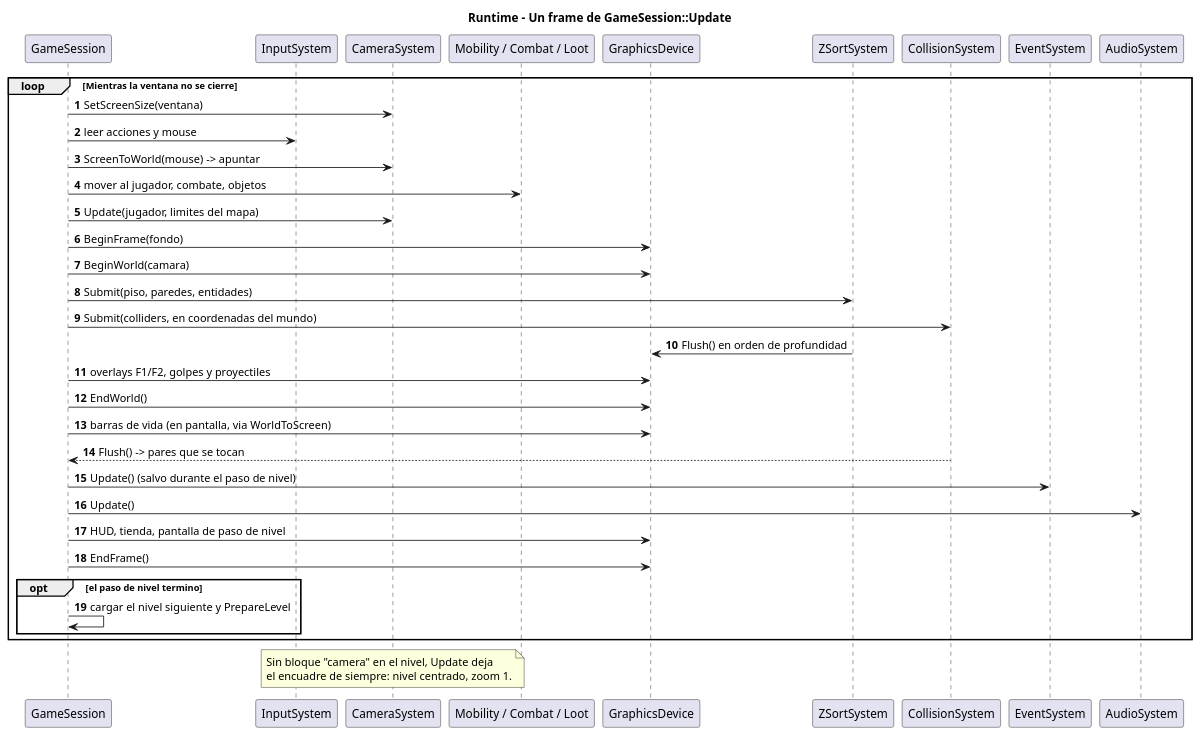
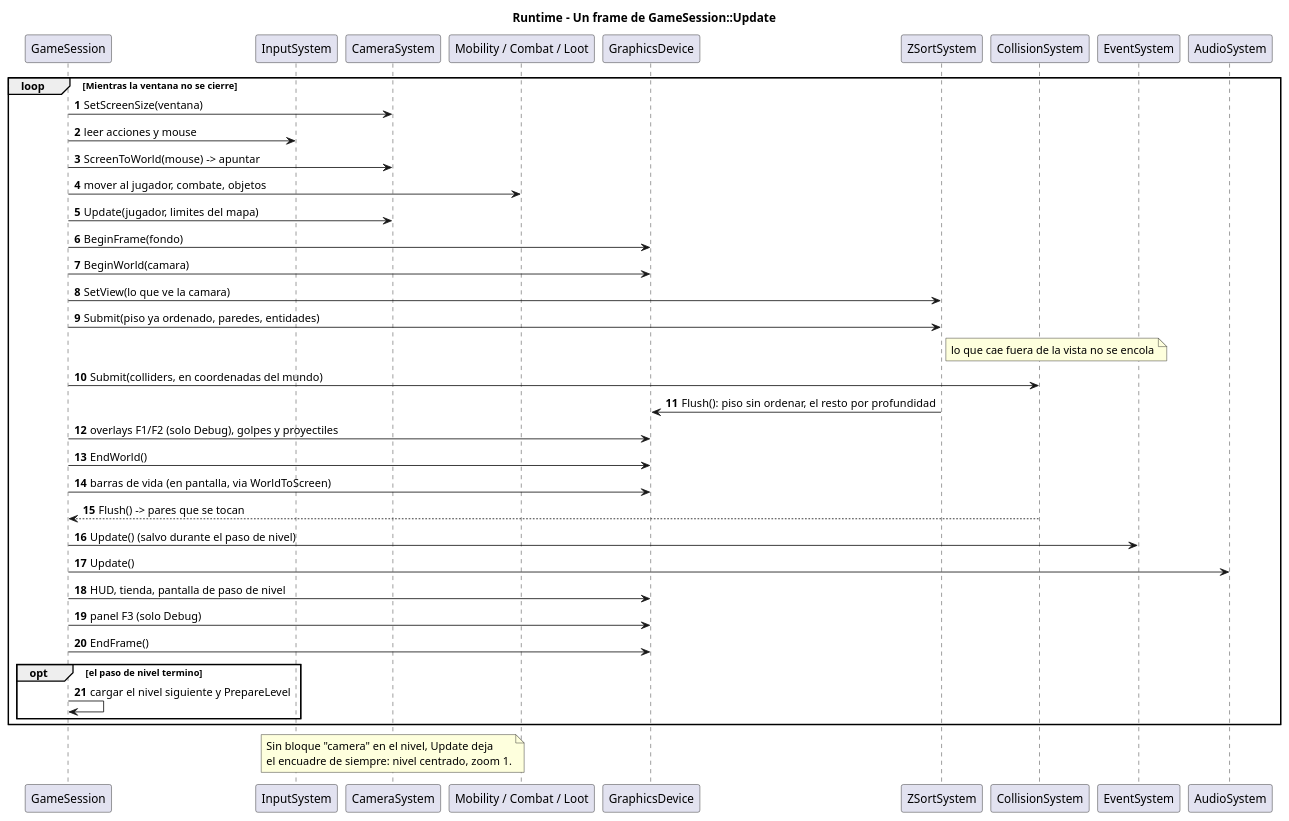
The diagram in docs/architecture/runtime-game-loop.puml (dannn-36/HoneyCombEngine-PlataformaNoCode-2.5D), drawn with PlantUML before and after one commit. The commit also changed 44 other files, not shown here.

```diff
--- a/docs/architecture/runtime-game-loop.puml
+++ b/docs/architecture/runtime-game-loop.puml
@@ -1,43 +1,46 @@
 @startuml runtime-game-loop
 title Runtime - Un frame de GameSession::Update
 autonumber
 
 participant "GameSession" as session
 participant "InputSystem" as input
 participant "CameraSystem" as camera
 participant "Mobility / Combat / Loot" as rules
 participant "GraphicsDevice" as graphics
 participant "ZSortSystem" as zsort
 participant "CollisionSystem" as collision
 participant "EventSystem" as events
 participant "AudioSystem" as audio
 
 loop Mientras la ventana no se cierre
   session -> camera : SetScreenSize(ventana)
   session -> input : leer acciones y mouse
   session -> camera : ScreenToWorld(mouse) -> apuntar
   session -> rules : mover al jugador, combate, objetos
   session -> camera : Update(jugador, limites del mapa)
   session -> graphics : BeginFrame(fondo)
   session -> graphics : BeginWorld(camara)
-  session -> zsort : Submit(piso, paredes, entidades)
+  session -> zsort : SetView(lo que ve la camara)
+  session -> zsort : Submit(piso ya ordenado, paredes, entidades)
+  note right of zsort : lo que cae fuera de la vista no se encola
   session -> collision : Submit(colliders, en coordenadas del mundo)
-  zsort -> graphics : Flush() en orden de profundidad
-  session -> graphics : overlays F1/F2, golpes y proyectiles
+  zsort -> graphics : Flush(): piso sin ordenar, el resto por profundidad
+  session -> graphics : overlays F1/F2 (solo Debug), golpes y proyectiles
   session -> graphics : EndWorld()
   session -> graphics : barras de vida (en pantalla, via WorldToScreen)
   collision --> session : Flush() -> pares que se tocan
   session -> events : Update() (salvo durante el paso de nivel)
   session -> audio : Update()
   session -> graphics : HUD, tienda, pantalla de paso de nivel
+  session -> graphics : panel F3 (solo Debug)
   session -> graphics : EndFrame()
   opt el paso de nivel termino
     session -> session : cargar el nivel siguiente y PrepareLevel
   end
 end
 
 note over camera
 Sin bloque "camera" en el nivel, Update deja
 el encuadre de siempre: nivel centrado, zoom 1.
 end note
 @enduml
```
